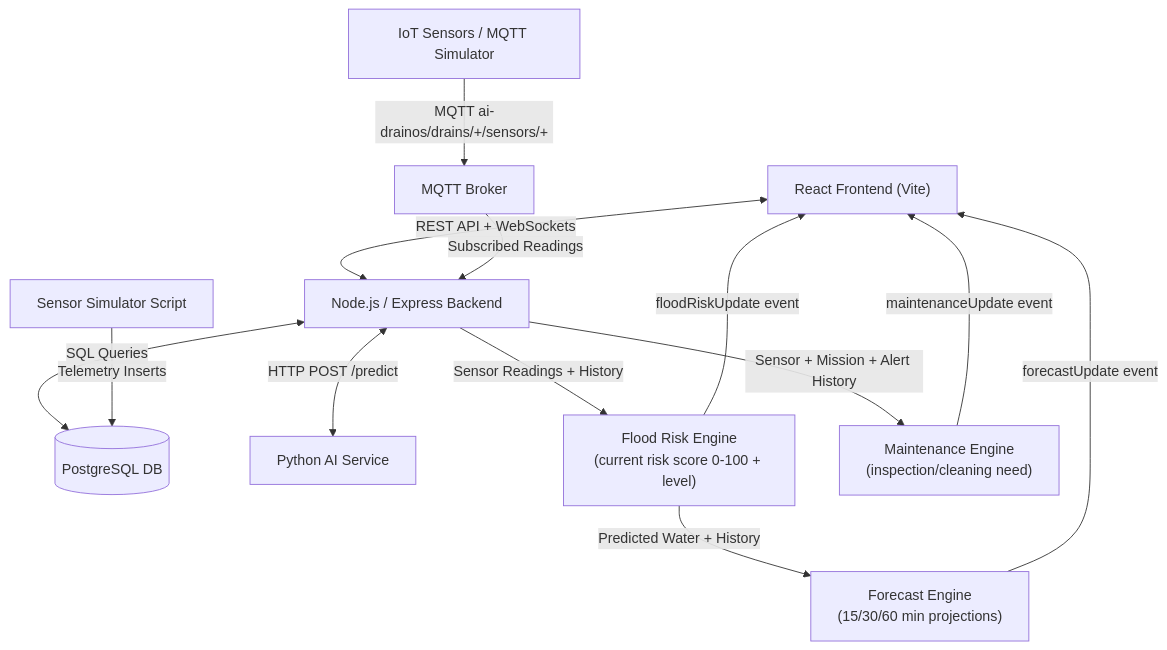
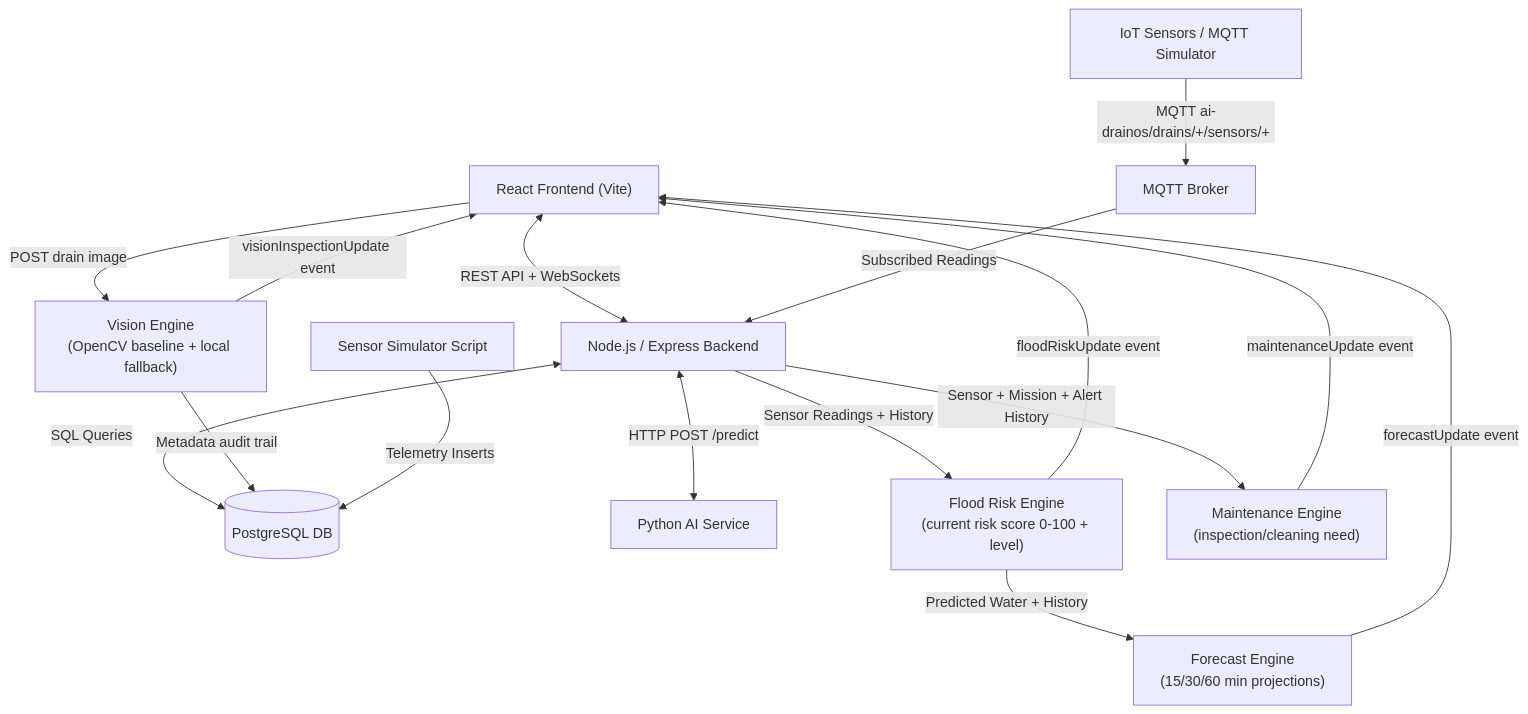
One commit to aakash00000001/AI-DrainOS changed the first of 2 diagrams in README.md. Above: the diagram before and after it, drawn with Mermaid. The commit also changed other lines of this file and 17 other files, not shown here.

Commit message:
Add computer vision drain inspection

````diff
--- a/README.md
+++ b/README.md
@@ -90,15 +91,18 @@
 ```mermaid
 graph TD
     UI["React Frontend (Vite)"] <-->|REST API + WebSockets| Server["Node.js / Express Backend"]
     Server <-->|SQL Queries| DB[("PostgreSQL DB")]
     Server <-->|HTTP POST /predict| AI["Python AI Service"]
     IoT["IoT Sensors / MQTT Simulator"] -->|MQTT ai-drainos/drains/+/sensors/+| Broker["MQTT Broker"]
     Broker -->|Subscribed Readings| Server
     Server -->|Sensor Readings + History| Risk["Flood Risk Engine<br/>(current risk score 0-100 + level)"]
     Risk -->|floodRiskUpdate event| UI
     Risk -->|Predicted Water + History| Forecast["Forecast Engine<br/>(15/30/60 min projections)"]
     Forecast -->|forecastUpdate event| UI
     Server -->|Sensor + Mission + Alert History| Maintenance["Maintenance Engine<br/>(inspection/cleaning need)"]
     Maintenance -->|maintenanceUpdate event| UI
+    UI -->|POST drain image| Vision["Vision Engine<br/>(OpenCV baseline + local fallback)"]
+    Vision -->|visionInspectionUpdate event| UI
+    Vision -->|Metadata audit trail| DB
     Sim["Sensor Simulator Script"] -->|Telemetry Inserts| DB
 ```
````
